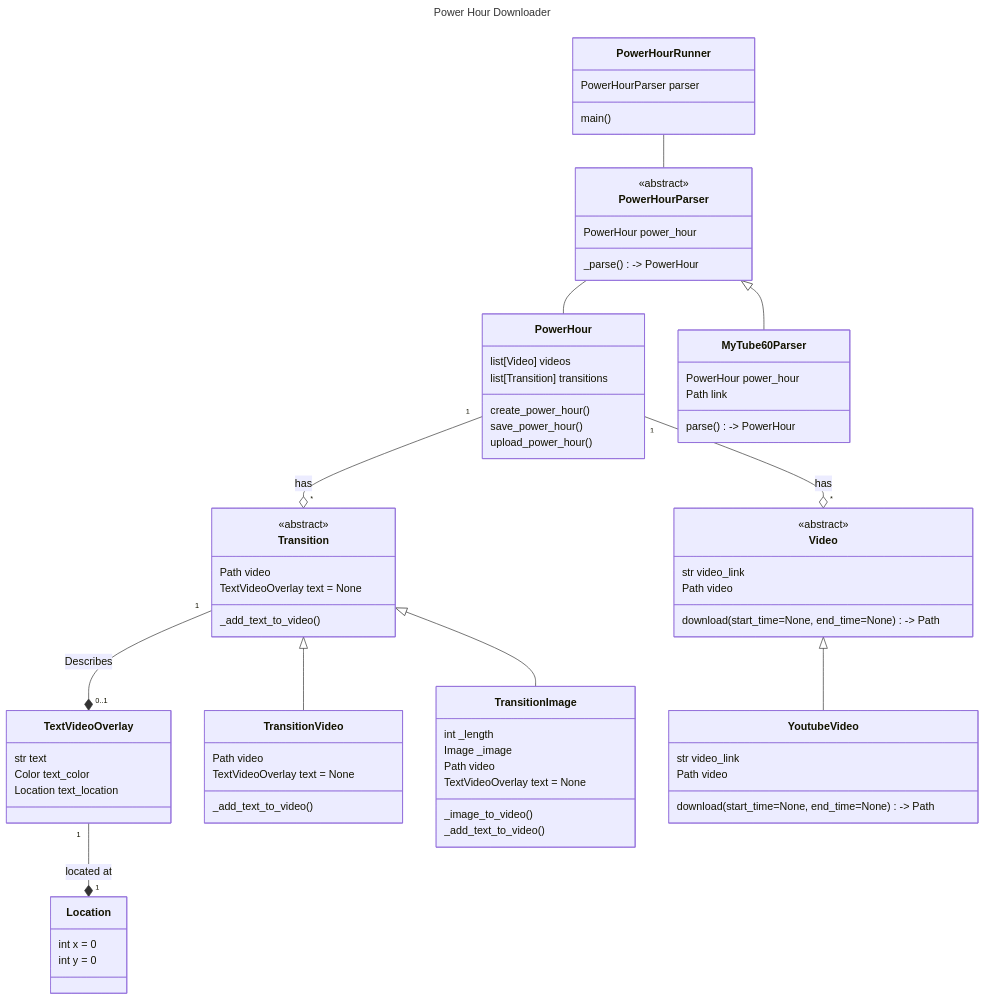
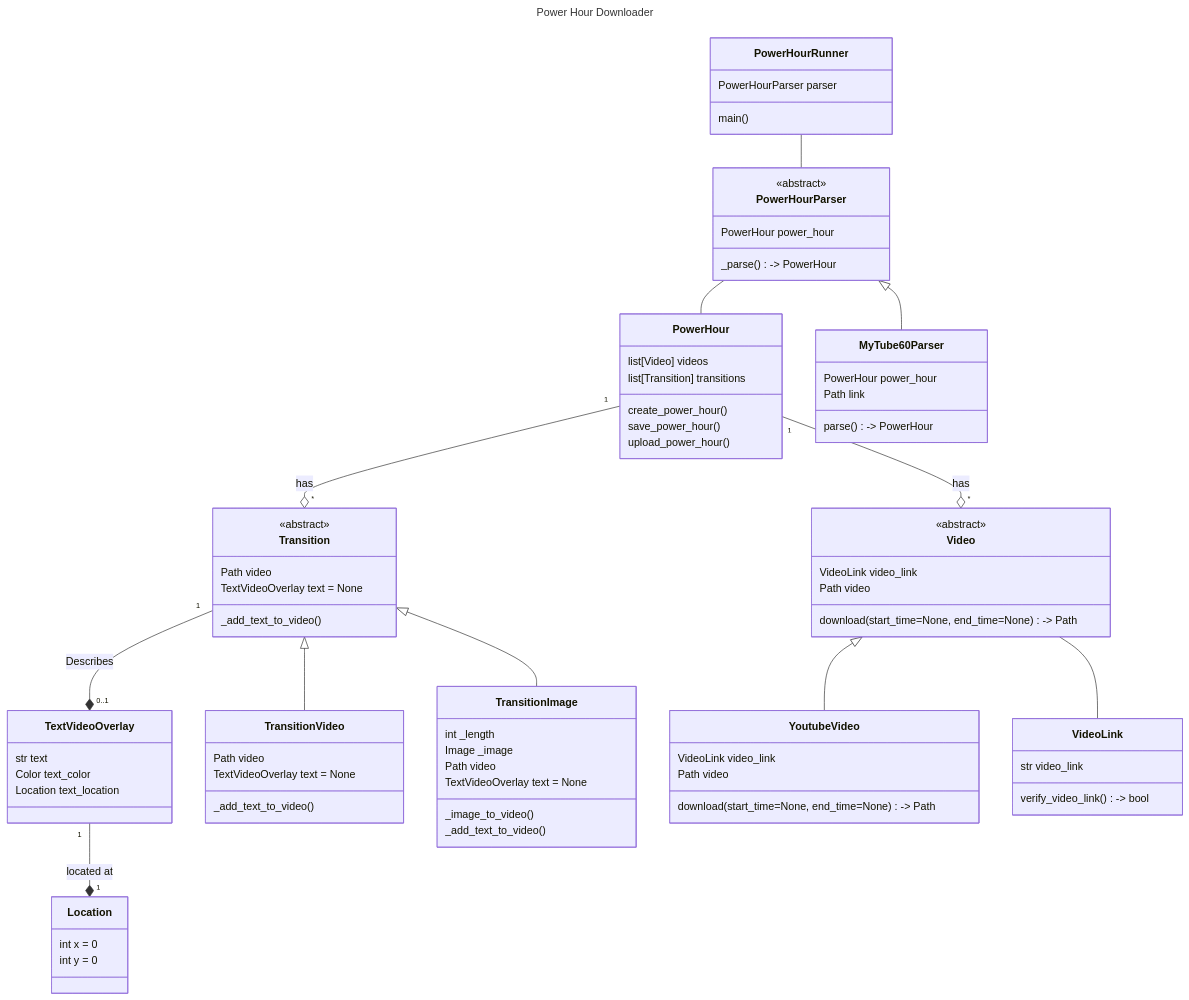
The diagram in class-diagram.md (tjander3/PowerHourDownloader), drawn with Mermaid before and after one commit.

Commit message:
Add a video link class

```diff
--- a/class-diagram.md
+++ b/class-diagram.md
@@ -83,8 +83,7 @@
 
     class Video{
         <<abstract>>
-        %% TODO should str be a link class?
-        str video_link
+        VideoLink video_link
         Path video
 
         download(start_time=None, end_time=None) -> Path
@@ -92,11 +91,17 @@
 
     Video <|-- YoutubeVideo
     class YoutubeVideo {
-        %% TODO should str be a link class?
-        str video_link
+        VideoLink video_link
         Path video
 
         download(start_time=None, end_time=None) -> Path
+    }
+
+    Video -- VideoLink
+    class VideoLink {
+        str video_link
+
+        verify_video_link() -> bool
     }
 
 %%
```
